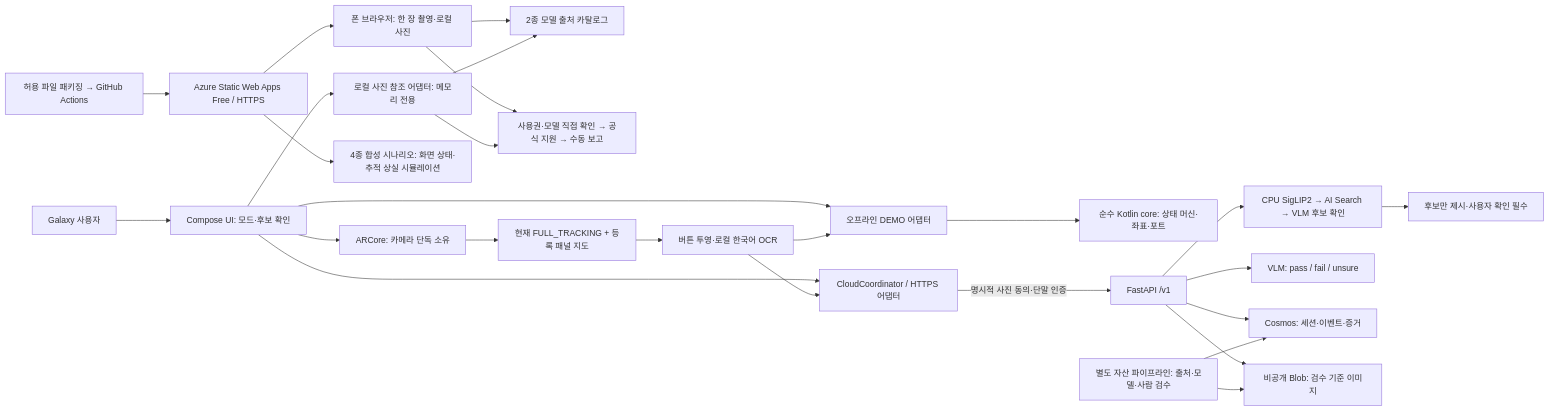
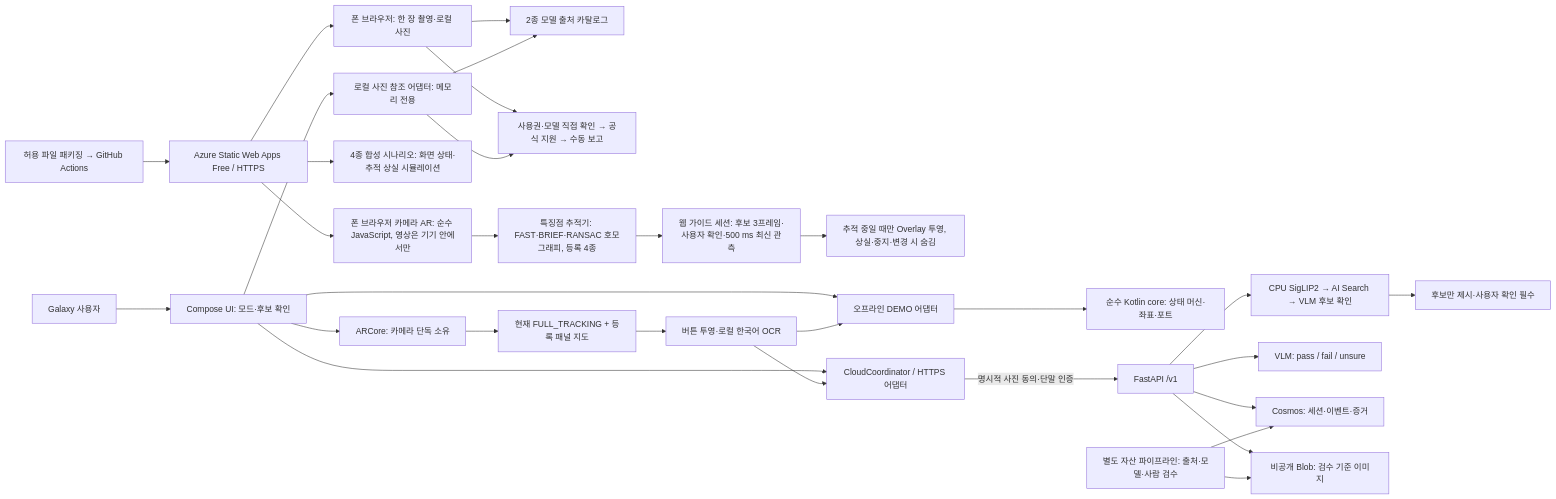
One commit to daeungo1/visual-product-recognition changed the first of 4 diagrams in README.md. Above: the diagram before and after it, drawn with Mermaid. The commit also changed other lines of this file and 3 other files, not shown here.

First line of the commit message:
docs(docs): record web camera AR overlay design and verification

````diff
--- a/README.md
+++ b/README.md
@@ -194,28 +280,32 @@
 ```mermaid
 flowchart LR
     User["Galaxy 사용자"] --> UI["Compose UI: 모드·후보 확인"]
     UI --> Photo["로컬 사진 참조 어댑터: 메모리 전용"]
     Publish["허용 파일 패키징 → GitHub Actions"] --> SWA["Azure Static Web Apps Free / HTTPS"]
     SWA --> Browser["폰 브라우저: 한 장 촬영·로컬 사진"]
     Browser --> Sources["2종 모델 출처 카탈로그"]
     Browser --> Manual
     SWA --> Sim["4종 합성 시나리오: 화면 상태·추적 상실 시뮬레이션"]
+    SWA --> WebAR["폰 브라우저 카메라 AR: 순수 JavaScript, 영상은 기기 안에서만"]
+    WebAR --> WebTrack["특징점 추적기: FAST·BRIEF·RANSAC 호모그래피, 등록 4종"]
+    WebTrack --> WebSession["웹 가이드 세션: 후보 3프레임·사용자 확인·500 ms 최신 관측"]
+    WebSession --> WebOverlay["추적 중일 때만 Overlay 투영, 상실·중지·변경 시 숨김"]
     Photo --> Sources
     Photo --> Manual["사용권·모델 직접 확인 → 공식 지원 → 수동 보고"]
     UI --> Offline["오프라인 DEMO 어댑터"]
     Offline --> Core["순수 Kotlin core: 상태 머신·좌표·포트"]
     UI --> Client["CloudCoordinator / HTTPS 어댑터"]
     UI --> AR["ARCore: 카메라 단독 소유"]
     AR --> Track["현재 FULL_TRACKING + 등록 패널 지도"]
     Track --> Overlay["버튼 투영·로컬 한국어 OCR"]
     Overlay --> Offline
     Overlay --> Client
     Client -->|"명시적 사진 동의·단말 인증"| API["FastAPI /v1"]
     API --> Identify["CPU SigLIP2 → AI Search → VLM 후보 확인"]
     API --> Verify["VLM: pass / fail / unsure"]
     API --> Cosmos["Cosmos: 세션·이벤트·증거"]
     API --> Blob["비공개 Blob: 검수 기준 이미지"]
     Pipeline["별도 자산 파이프라인: 출처·모델·사람 검수"] --> Blob
     Pipeline --> Cosmos
     Identify --> Candidate["후보만 제시·사용자 확인 필수"]
 ```
````
